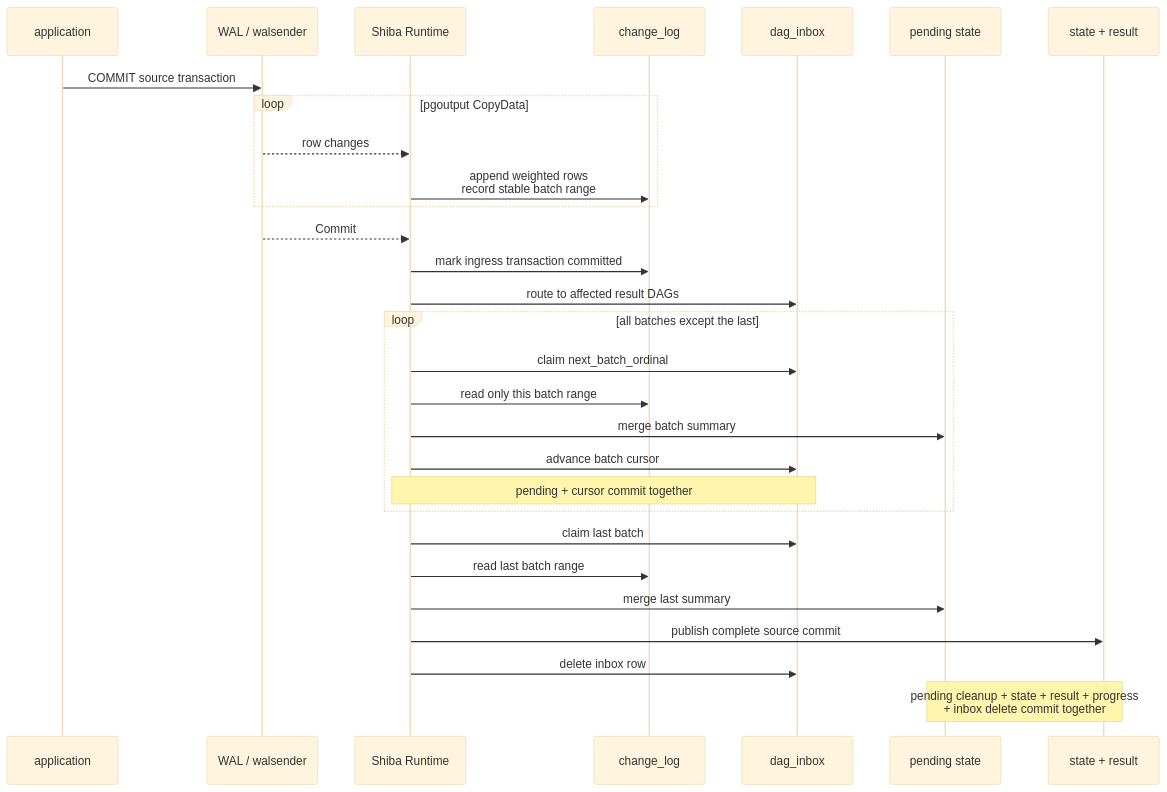
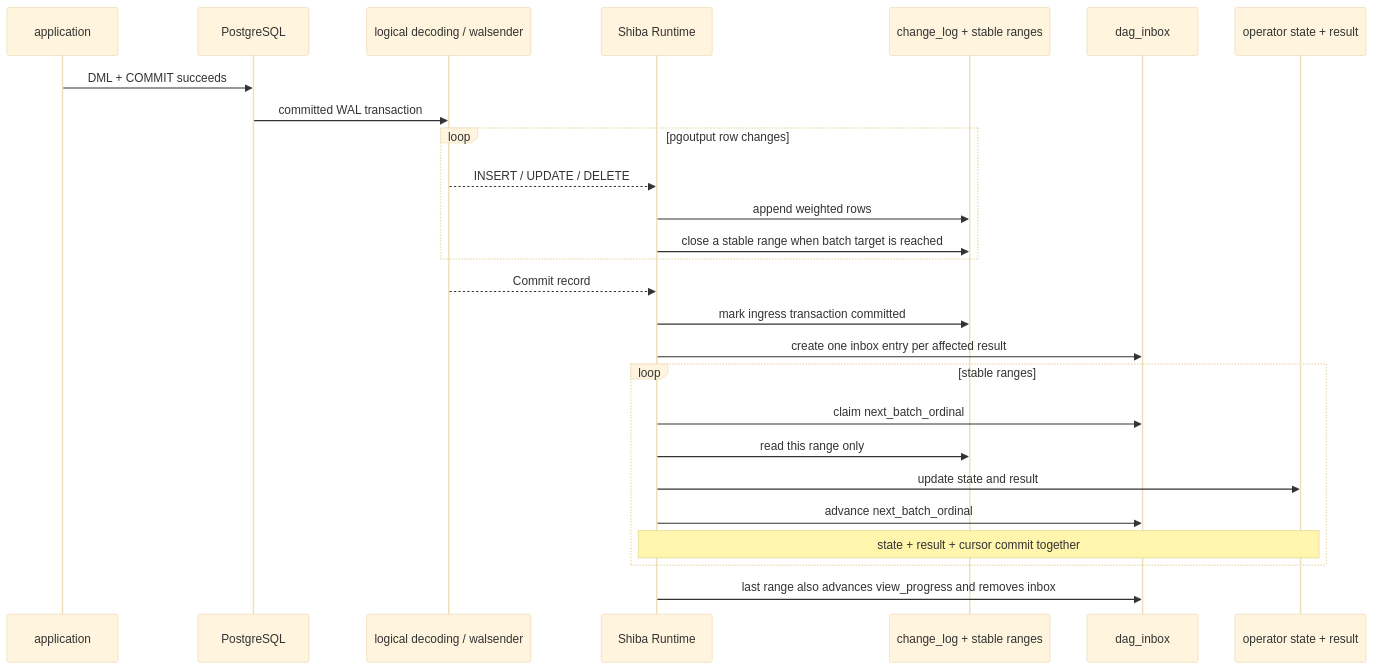
The second of 2 diagrams in docs/ARCHITECTURE.md (frelion/shiba), drawn with Mermaid (base theme) before and after one commit. The commit also changed other lines of this file and 18 other files, not shown here.

Commit message:
refactor: publish each ingress batch directly

````diff
--- a/docs/ARCHITECTURE.md
+++ b/docs/ARCHITECTURE.md
@@ -47,32 +43,29 @@
 ```mermaid
 sequenceDiagram
     participant App as application
-    participant WAL as WAL / walsender
+    participant PG as PostgreSQL
+    participant WAL as logical decoding / walsender
     participant RT as Shiba Runtime
-    participant In as change_log
+    participant Input as change_log + stable ranges
     participant Q as dag_inbox
-    participant P as pending state
-    participant Out as state + result
+    participant Out as operator state + result
 
-    App->>WAL: COMMIT source transaction
-    loop pgoutput CopyData
-        WAL-->>RT: row changes
-        RT->>In: append weighted rows<br/>record stable batch range
+    App->>PG: DML + COMMIT succeeds
+    PG->>WAL: committed WAL transaction
+    loop pgoutput row changes
+        WAL-->>RT: INSERT / UPDATE / DELETE
+        RT->>Input: append weighted rows
+        RT->>Input: close a stable range when batch target is reached
     end
-    WAL-->>RT: Commit
-    RT->>In: mark ingress transaction committed
-    RT->>Q: route to affected result DAGs
-    loop all batches except the last
+    WAL-->>RT: Commit record
+    RT->>Input: mark ingress transaction committed
+    RT->>Q: create one inbox entry per affected result
+    loop stable ranges
         RT->>Q: claim next_batch_ordinal
-        RT->>In: read only this batch range
-        RT->>P: merge batch summary
-        RT->>Q: advance batch cursor
-        Note over RT,Q: pending + cursor commit together
+        RT->>Input: read this range only
+        RT->>Out: update state and result
+        RT->>Q: advance next_batch_ordinal
+        Note over RT,Out: state + result + cursor commit together
     end
-    RT->>Q: claim last batch
-    RT->>In: read last batch range
-    RT->>P: merge last summary
-    RT->>Out: publish complete source commit
-    RT->>Q: delete inbox row
-    Note over P,Out: pending cleanup + state + result + progress<br/>+ inbox delete commit together
+    RT->>Q: last range also advances view_progress and removes inbox
 ```
````
